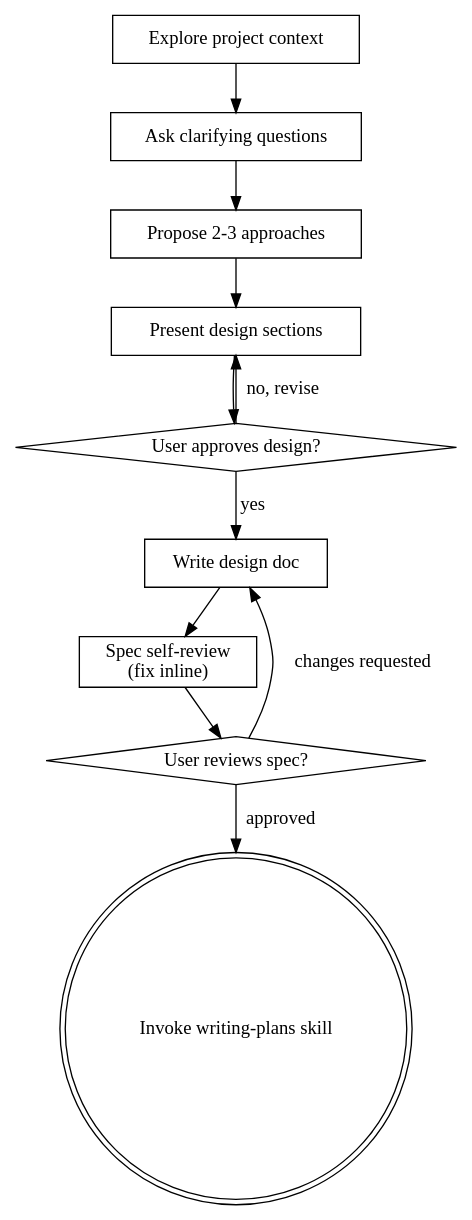
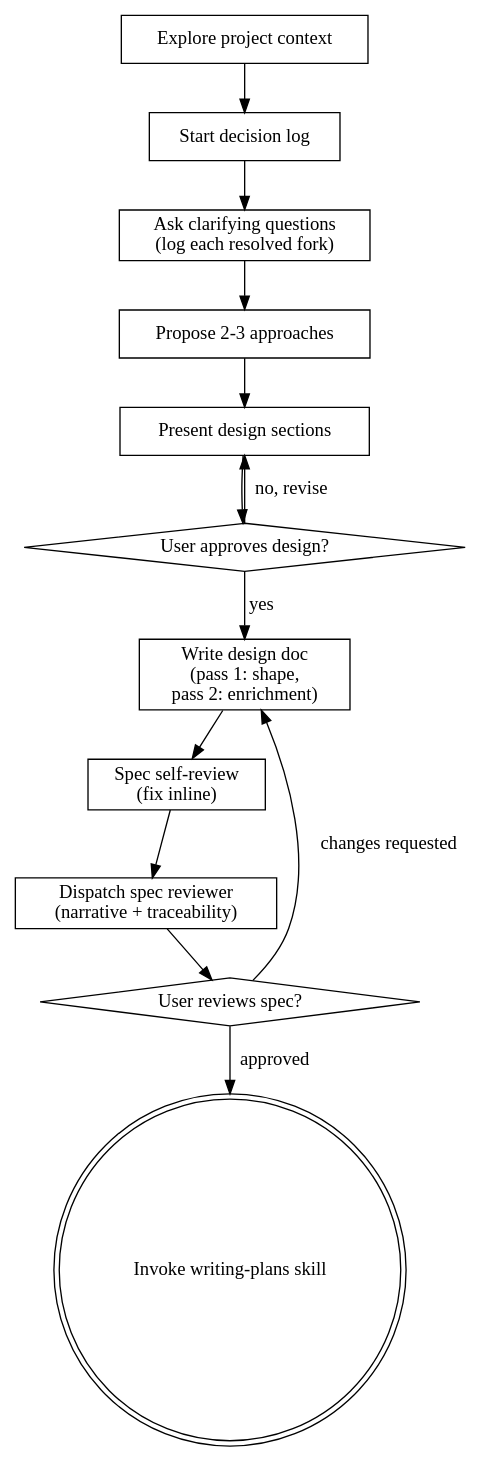
One commit to TadasValaitiz/superdev changed the diagram in skills/brainstorming/SKILL.md. Above: the diagram before and after it, drawn with Graphviz. The commit also changed other lines of this file and 9 other files, not shown here.

First line of the commit message:
Rich design artifacts + self-brainstorming skill

````diff
--- a/skills/brainstorming/SKILL.md
+++ b/skills/brainstorming/SKILL.md
@@ -36,24 +38,28 @@
 ```dot
 digraph brainstorming {
     "Explore project context" [shape=box];
-    "Ask clarifying questions" [shape=box];
+    "Start decision log" [shape=box];
+    "Ask clarifying questions\n(log each resolved fork)" [shape=box];
     "Propose 2-3 approaches" [shape=box];
     "Present design sections" [shape=box];
     "User approves design?" [shape=diamond];
-    "Write design doc" [shape=box];
+    "Write design doc\n(pass 1: shape,\npass 2: enrichment)" [shape=box];
     "Spec self-review\n(fix inline)" [shape=box];
+    "Dispatch spec reviewer\n(narrative + traceability)" [shape=box];
     "User reviews spec?" [shape=diamond];
     "Invoke writing-plans skill" [shape=doublecircle];
 
-    "Explore project context" -> "Ask clarifying questions";
-    "Ask clarifying questions" -> "Propose 2-3 approaches";
+    "Explore project context" -> "Start decision log";
+    "Start decision log" -> "Ask clarifying questions\n(log each resolved fork)";
+    "Ask clarifying questions\n(log each resolved fork)" -> "Propose 2-3 approaches";
     "Propose 2-3 approaches" -> "Present design sections";
     "Present design sections" -> "User approves design?";
     "User approves design?" -> "Present design sections" [label="no, revise"];
-    "User approves design?" -> "Write design doc" [label="yes"];
-    "Write design doc" -> "Spec self-review\n(fix inline)";
-    "Spec self-review\n(fix inline)" -> "User reviews spec?";
-    "User reviews spec?" -> "Write design doc" [label="changes requested"];
+    "User approves design?" -> "Write design doc\n(pass 1: shape,\npass 2: enrichment)" [label="yes"];
+    "Write design doc\n(pass 1: shape,\npass 2: enrichment)" -> "Spec self-review\n(fix inline)";
+    "Spec self-review\n(fix inline)" -> "Dispatch spec reviewer\n(narrative + traceability)";
+    "Dispatch spec reviewer\n(narrative + traceability)" -> "User reviews spec?";
+    "User reviews spec?" -> "Write design doc\n(pass 1: shape,\npass 2: enrichment)" [label="changes requested"];
     "User reviews spec?" -> "Invoke writing-plans skill" [label="approved"];
 }
 ```
````
